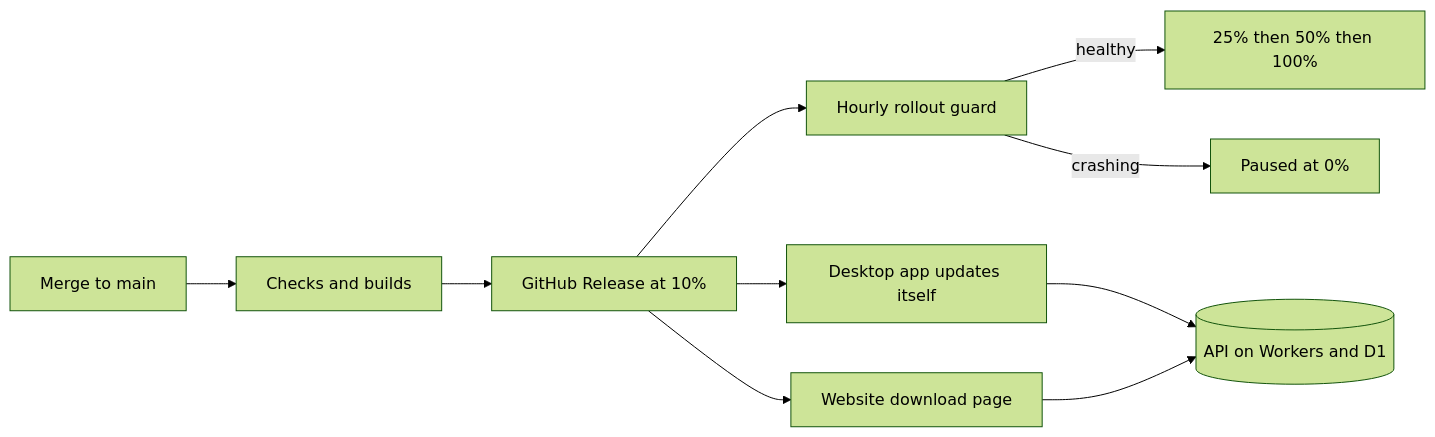
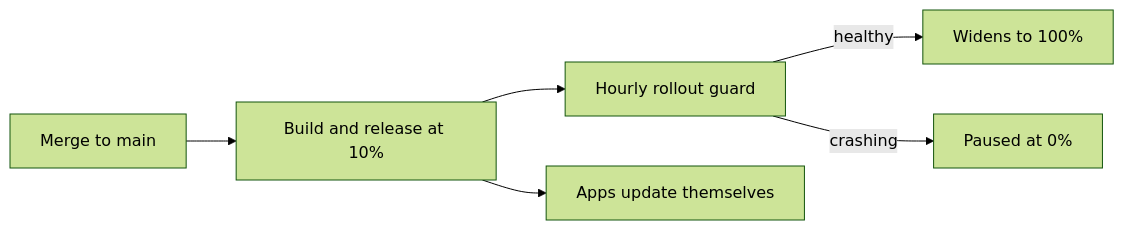
One commit to 0xbasinas/electron-desktop-template changed the diagram in apps/docs/src/content/docs/index.mdx. Above: the diagram before and after it, drawn with Mermaid (forest theme). The commit also changed other lines of this file and 2 other files, not shown here.

Commit message:
fix: docs tables wrap by word, no link underlines, no card icons, smaller diagrams and home page

````diff
--- a/apps/docs/src/content/docs/index.mdx
+++ b/apps/docs/src/content/docs/index.mdx
@@ -42,12 +42,8 @@
 ```mermaid
 flowchart LR
-  Merge[Merge to main] --> CI[Checks and builds]
-  CI --> Release[GitHub Release at 10%]
+  Merge[Merge to main] --> Release[Build and release at 10%]
   Release --> Guard[Hourly rollout guard]
-  Guard -->|healthy| Wider[25% then 50% then 100%]
+  Release --> App[Apps update themselves]
+  Guard -->|healthy| Wider[Widens to 100%]
   Guard -->|crashing| Paused[Paused at 0%]
-  Release --> App[Desktop app updates itself]
-  Release --> Site[Website download page]
-  App --> API[(API on Workers and D1)]
-  Site --> API
 ```
````
